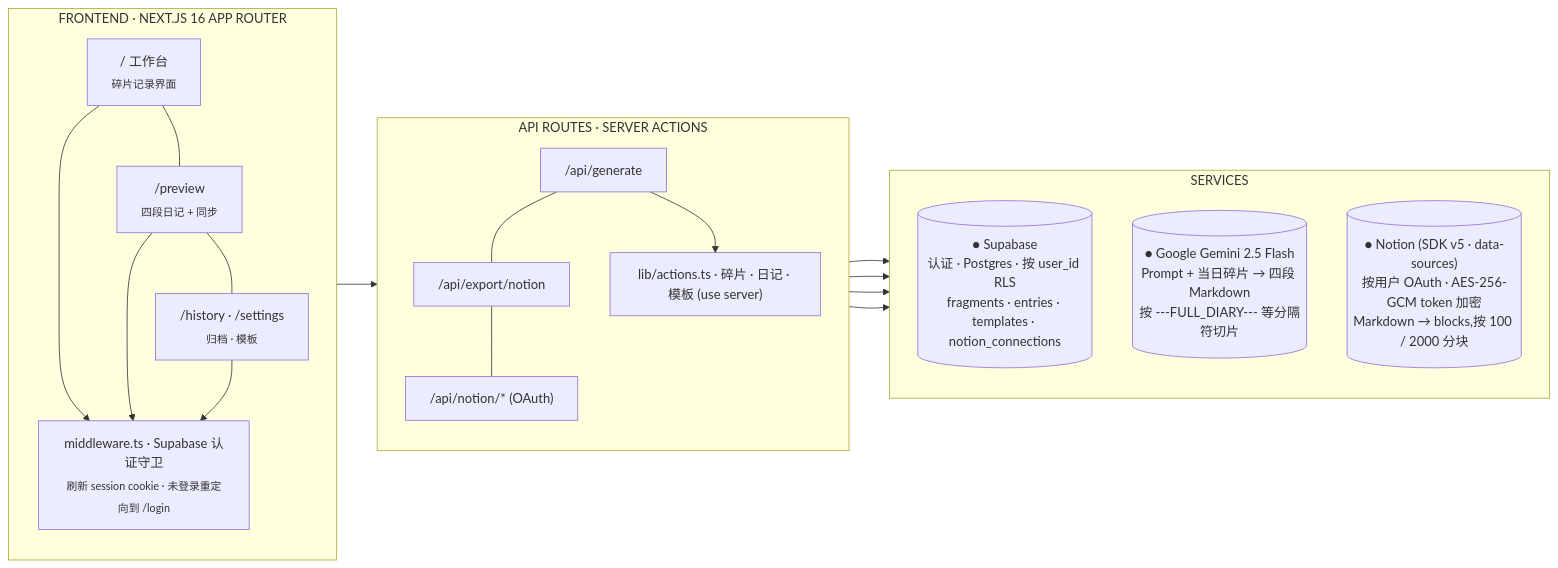
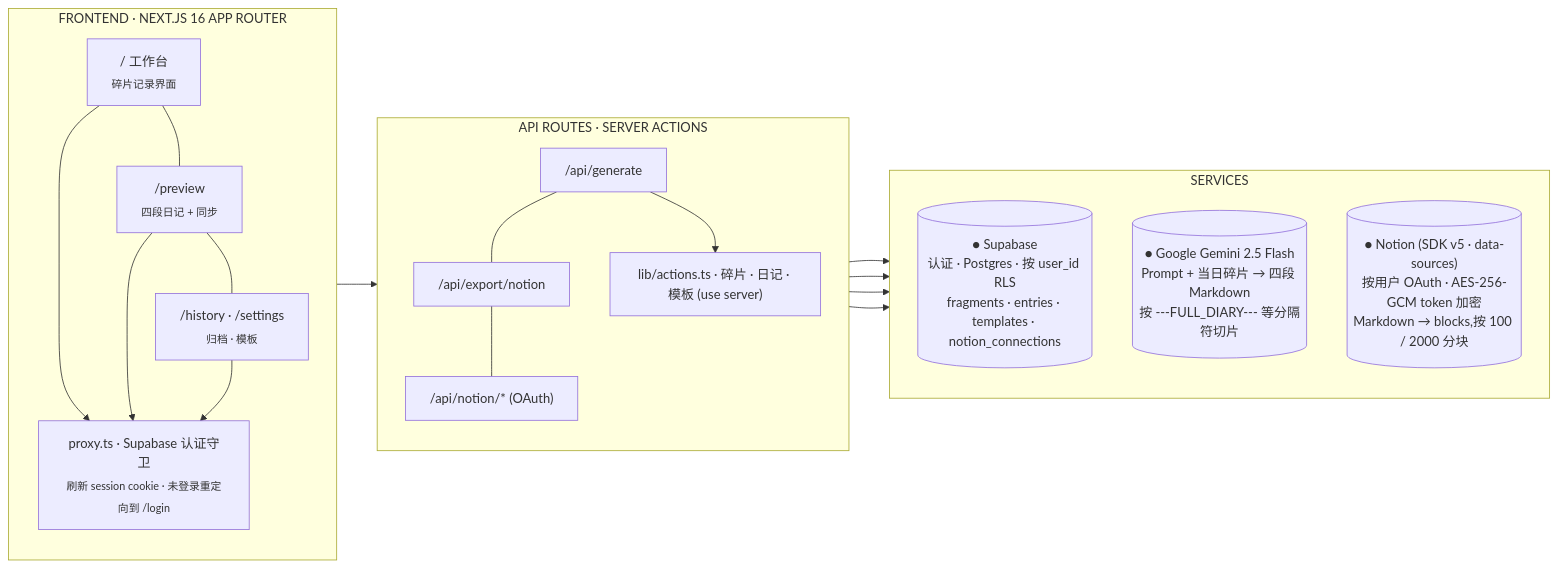
One commit to turtojian520/diarybuddy changed the diagram in README.md. Above: the diagram before and after it, drawn with Mermaid. The commit also changed other lines of this file and 6 other files, not shown here.

````diff
--- a/README.md
+++ b/README.md
@@ -135,37 +135,37 @@
 ```mermaid
 flowchart LR
     subgraph FE["FRONTEND · NEXT.JS 16 APP ROUTER"]
         direction TB
         W["/ 工作台<br/><sub>碎片记录界面</sub>"]
         P["/preview<br/><sub>四段日记 + 同步</sub>"]
         HS["/history · /settings<br/><sub>归档 · 模板</sub>"]
-        MW["middleware.ts · Supabase 认证守卫<br/><sub>刷新 session cookie · 未登录重定向到 /login</sub>"]
+        MW["proxy.ts · Supabase 认证守卫<br/><sub>刷新 session cookie · 未登录重定向到 /login</sub>"]
         W --- P --- HS
         W --> MW
         P --> MW
         HS --> MW
     end
 
     subgraph API["API ROUTES · SERVER ACTIONS"]
         direction TB
         G["/api/generate"]
         EN["/api/export/notion"]
         NT["/api/notion/* (OAuth)"]
         ACT["lib/actions.ts · 碎片 · 日记 · 模板 (use server)"]
         G --- EN --- NT
         G --> ACT
     end
 
     subgraph SVC["SERVICES"]
         direction TB
         SB[("● Supabase<br/>认证 · Postgres · 按 user_id RLS<br/>fragments · entries · templates · notion_connections")]
         GM[("● Google Gemini 2.5 Flash<br/>Prompt + 当日碎片 → 四段 Markdown<br/>按 ---FULL_DIARY--- 等分隔符切片")]
         NO[("● Notion (SDK v5 · data-sources)<br/>按用户 OAuth · AES-256-GCM token 加密<br/>Markdown → blocks,按 100 / 2000 分块")]
     end
 
     MW --> API
     ACT --> SB
     G --> GM
     EN --> NO
     NT --> NO
 ```
````
